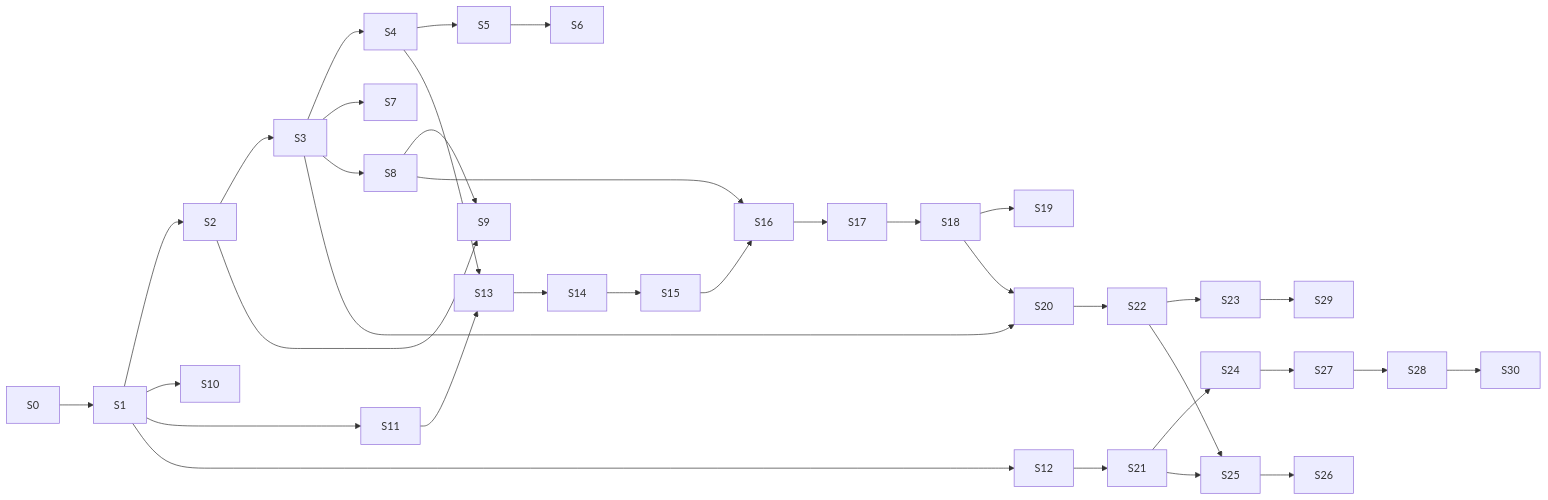
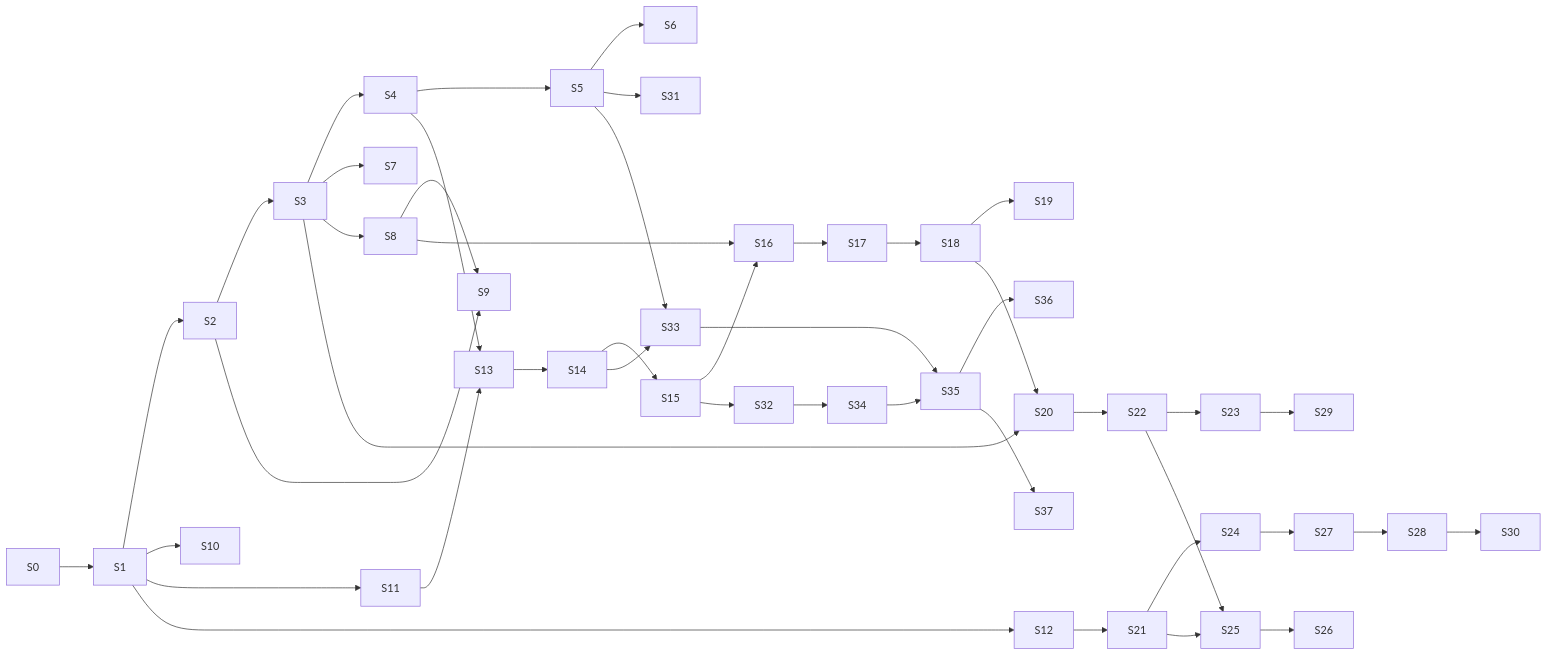
One commit to alexgcalvet/fact-checker changed the second of 2 diagrams in docs/RFC.md. Above: the diagram before and after it, drawn with Mermaid. The commit also changed other lines of this file and 92 other files, not shown here.

````diff
--- a/docs/RFC.md
+++ b/docs/RFC.md
@@ -100,18 +109,27 @@
 ```mermaid
 flowchart LR
   S0 --> S1 --> S2 --> S3 --> S4 --> S5 --> S6
   S3 --> S7
   S3 --> S8 --> S9
   S2 --> S9
   S1 --> S10
   S1 --> S11
   S1 --> S12
   S4 --> S13
   S11 --> S13 --> S14 --> S15 --> S16 --> S17 --> S18 --> S19
   S8 --> S16
   S3 --> S20
   S18 --> S20 --> S22 --> S23 --> S29
   S12 --> S21 --> S24 --> S27 --> S28 --> S30
   S21 --> S25 --> S26
   S22 --> S25
+  S5 --> S31
+  S15 --> S32
+  S14 --> S33
+  S5 --> S33
+  S32 --> S34
+  S33 --> S35
+  S34 --> S35
+  S35 --> S36
+  S35 --> S37
 ```
````
